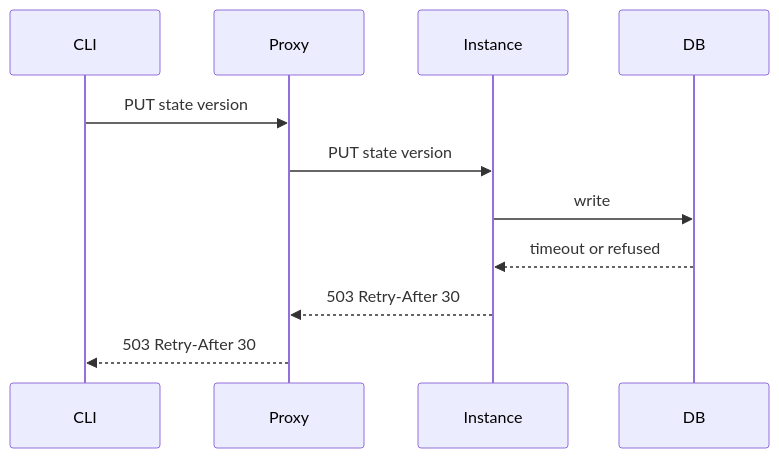
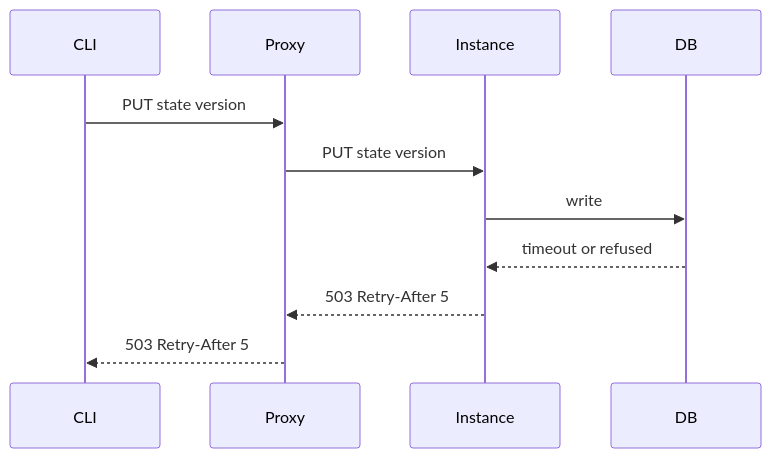
One commit to OpenDustpan/OpenDustpan changed the diagram in openspec/changes/database-outage-503-shape/design.md. Above: the diagram before and after it, drawn with Mermaid. The commit also changed other lines of this file and 3 other files, not shown here.

First line of the commit message:
spec: keep Retry-After 5 in database-outage-503-shape

````diff
--- a/openspec/changes/database-outage-503-shape/design.md
+++ b/openspec/changes/database-outage-503-shape/design.md
@@ -25,13 +25,13 @@
 ```mermaid
 sequenceDiagram
 participant CLI as CLI
 participant LB as Proxy
 participant I as Instance
 participant DB as DB
 CLI->>LB: PUT state version
 LB->>I: PUT state version
 I->>DB: write
 DB-->>I: timeout or refused
-I-->>LB: 503 Retry-After 30
-LB-->>CLI: 503 Retry-After 30
+I-->>LB: 503 Retry-After 5
+LB-->>CLI: 503 Retry-After 5
 ```
````
